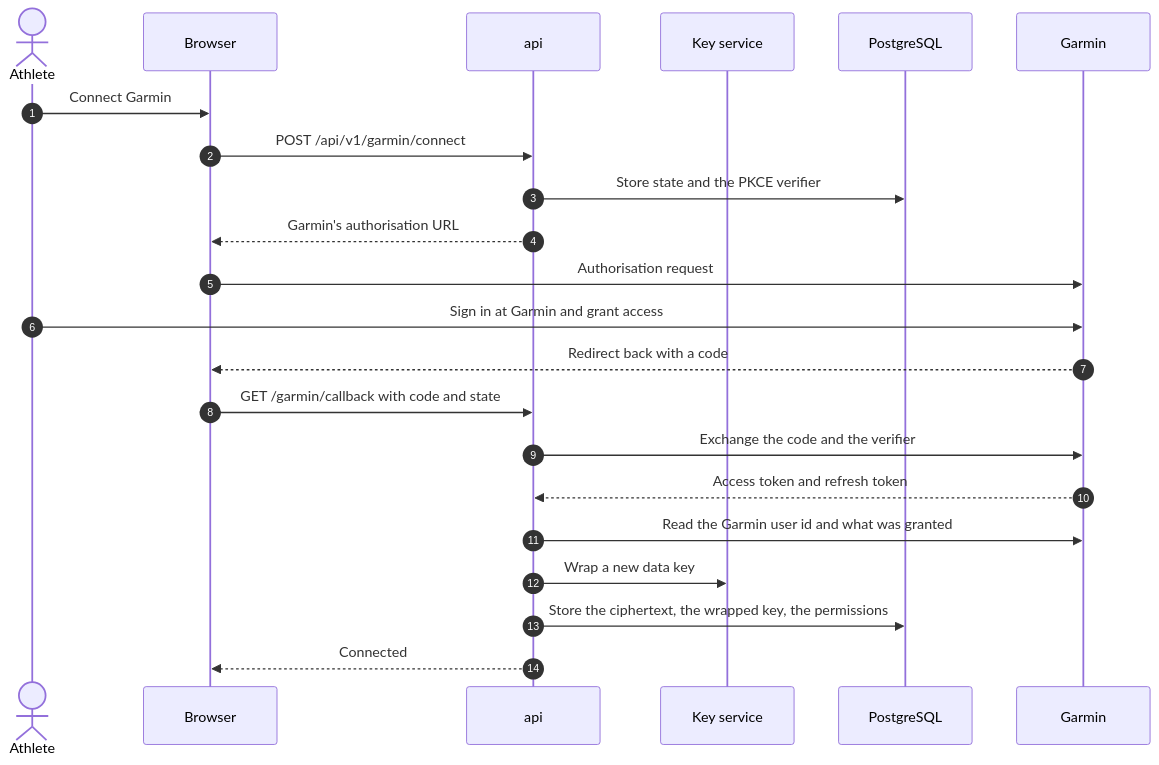
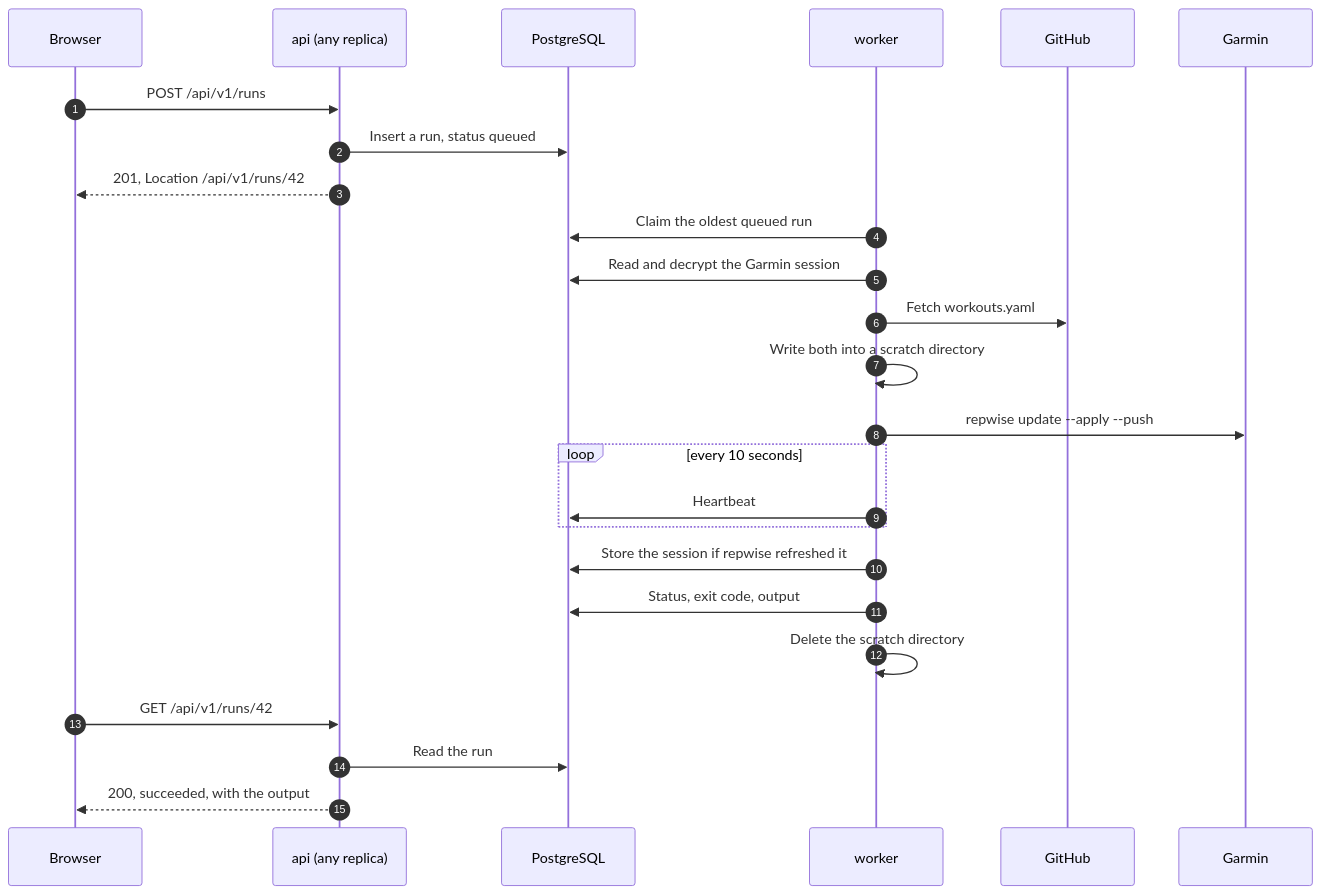
Before and after one commit to theadzik/repwise: the third of 6 diagrams in PLAN.md, drawn with Mermaid. The commit also changed other lines of this file and 1 other file, not shown here.

First line of the commit message:
docs: plan a single-user first version with a stateless backend

````diff
--- a/PLAN.md
+++ b/PLAN.md
@@ -400,25 +219,28 @@
 ```mermaid
 sequenceDiagram
     autonumber
-    actor U as Athlete
     participant B as Browser
-    participant A as api
-    participant K as Key service
+    participant A as api (any replica)
     participant D as PostgreSQL
+    participant W as worker
+    participant H as GitHub
     participant G as Garmin
 
-    U->>B: Connect Garmin
-    B->>A: POST /api/v1/garmin/connect
-    A->>D: Store state and the PKCE verifier
-    A-->>B: Garmin's authorisation URL
-    B->>G: Authorisation request
-    U->>G: Sign in at Garmin and grant access
-    G-->>B: Redirect back with a code
-    B->>A: GET /garmin/callback with code and state
-    A->>G: Exchange the code and the verifier
-    G-->>A: Access token and refresh token
-    A->>G: Read the Garmin user id and what was granted
-    A->>K: Wrap a new data key
-    A->>D: Store the ciphertext, the wrapped key, the permissions
-    A-->>B: Connected
+    B->>A: POST /api/v1/runs
+    A->>D: Insert a run, status queued
+    A-->>B: 201, Location /api/v1/runs/42
+    W->>D: Claim the oldest queued run
+    W->>D: Read and decrypt the Garmin session
+    W->>H: Fetch workouts.yaml
+    W->>W: Write both into a scratch directory
+    W->>G: repwise update --apply --push
+    loop every 10 seconds
+        W->>D: Heartbeat
+    end
+    W->>D: Store the session if repwise refreshed it
+    W->>D: Status, exit code, output
+    W->>W: Delete the scratch directory
+    B->>A: GET /api/v1/runs/42
+    A->>D: Read the run
+    A-->>B: 200, succeeded, with the output
 ```
````
